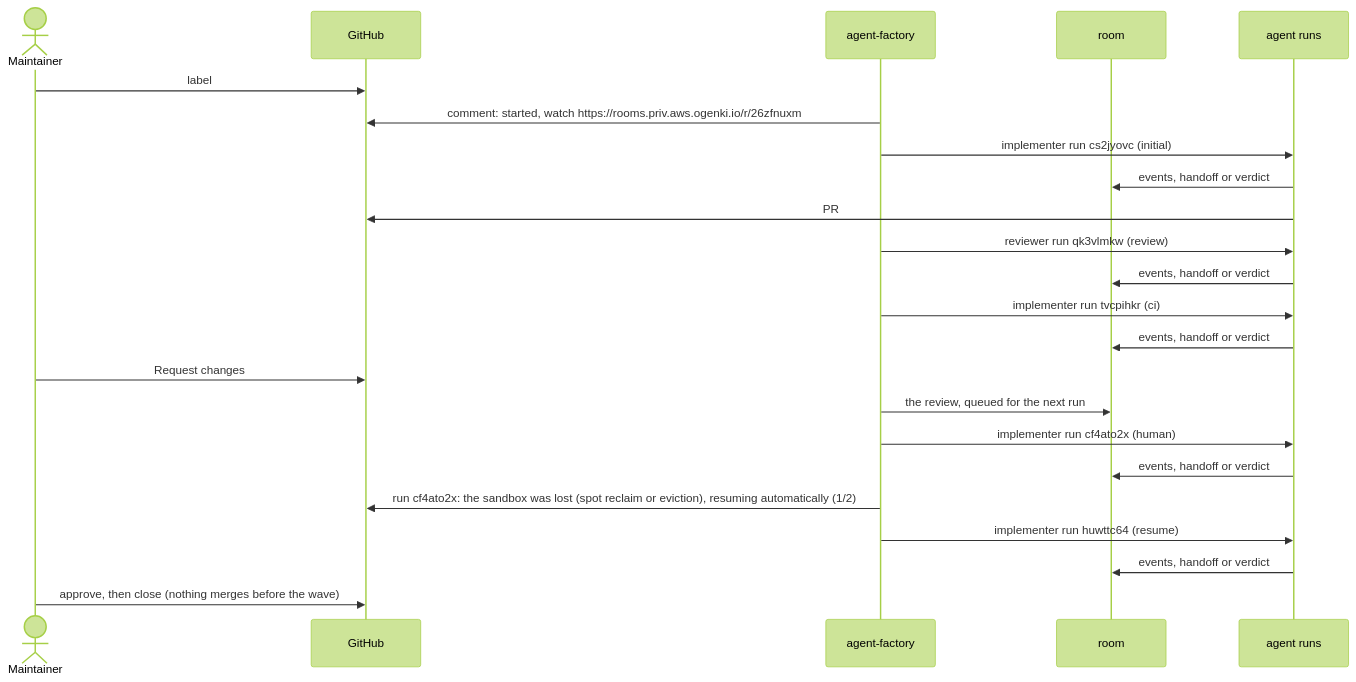
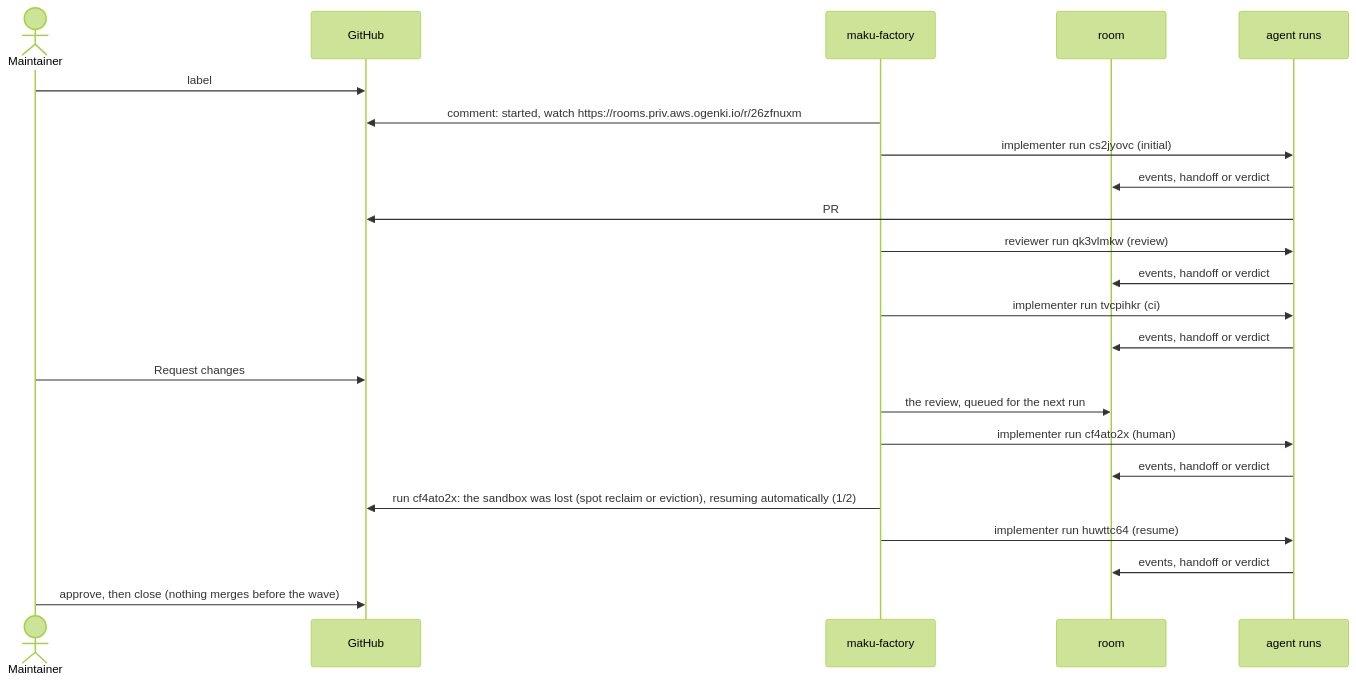
One commit to Smana/ai-native-ref changed the first of 2 diagrams in website/content/docs/platform/ai-platform/agents/user-guide.md. Above: the diagram before and after it, drawn with Mermaid (forest theme). The commit also changed other lines of this file and 38 other files, not shown here.

First line of the commit message:
docs: Maku v0.30.0 names across live pages, runbooks and diagrams; the Agent Factory keeps its name (#211)

````diff
--- a/website/content/docs/platform/ai-platform/agents/user-guide.md
+++ b/website/content/docs/platform/ai-platform/agents/user-guide.md
@@ -77,25 +77,25 @@
 ```mermaid
 sequenceDiagram
   actor M as Maintainer
   participant GH as GitHub
-  participant F as agent-factory
+  participant F as maku-factory
   participant R as room
   participant A as agent runs
   M->>GH: label #2238 factory/ready
   F->>GH: comment: started, watch https://rooms.priv.aws.ogenki.io/r/26zfnuxm
   F->>A: implementer run cs2jyovc (initial)
   A->>R: events, handoff or verdict
   A->>GH: PR #2239
   F->>A: reviewer run qk3vlmkw (review)
   A->>R: events, handoff or verdict
   F->>A: implementer run tvcpihkr (ci)
   A->>R: events, handoff or verdict
   M->>GH: Request changes
   F->>R: the review, queued for the next run
   F->>A: implementer run cf4ato2x (human)
   A->>R: events, handoff or verdict
   F->>GH: run cf4ato2x: the sandbox was lost (spot reclaim or eviction), resuming automatically (1/2)
   F->>A: implementer run huwttc64 (resume)
   A->>R: events, handoff or verdict
   M->>GH: approve, then close (nothing merges before the wave)
 ```
````
